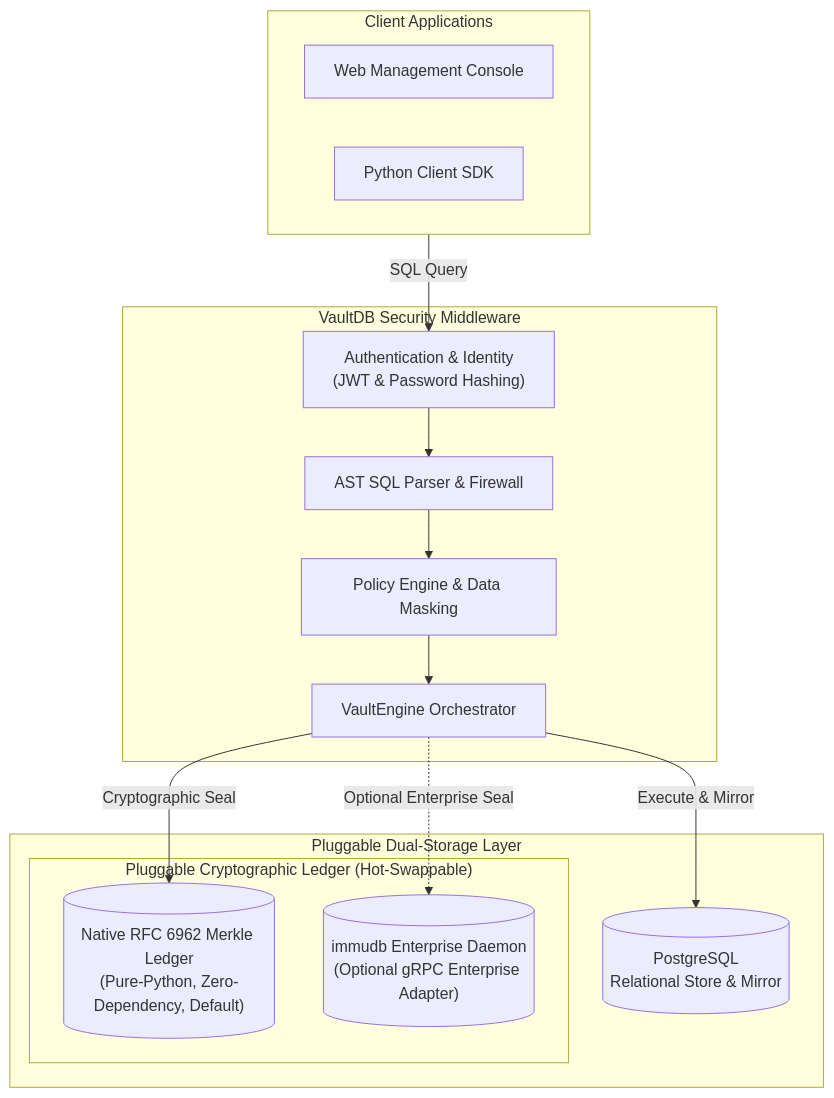
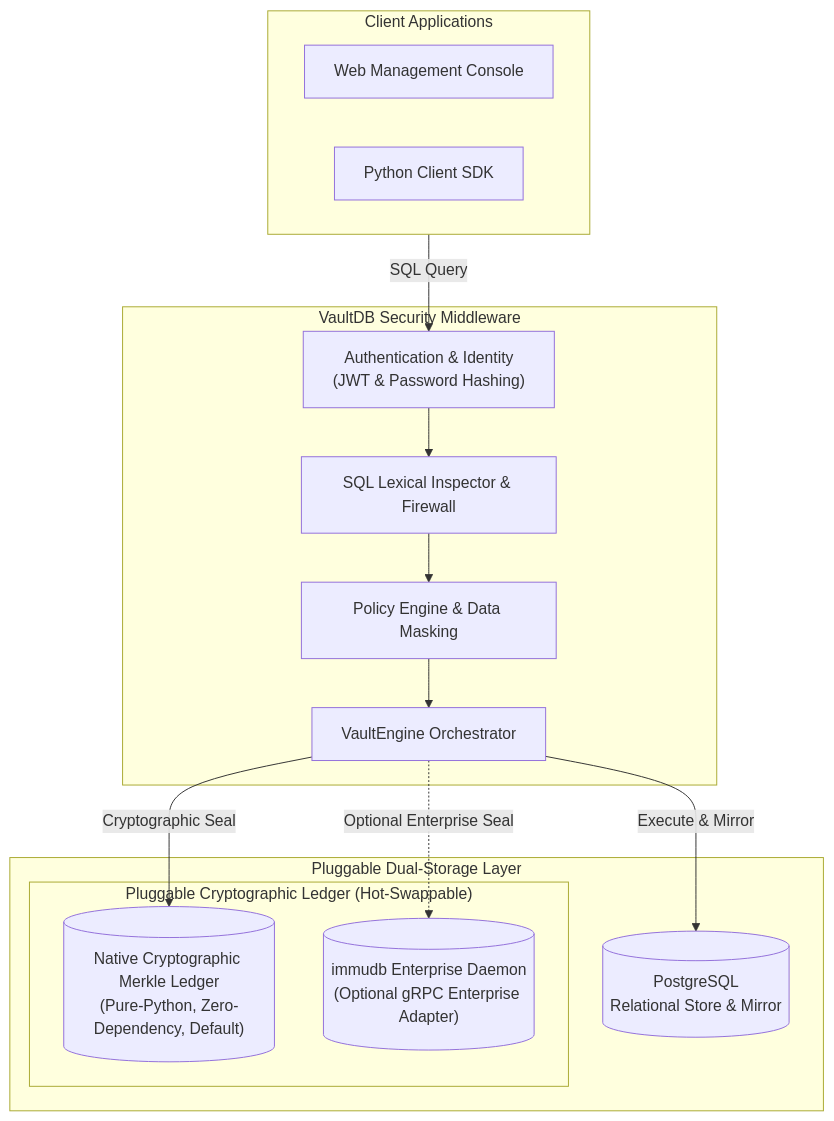
The first of 3 diagrams in README.md (Sejal-hani/Vault_DB), drawn with Mermaid before and after one commit. The commit also changed other lines of this file and 1 other file, not shown here.

Commit message:
docs & test: clarify parser architecture & Merkle tree balancing, add offline tamper/truncation verification tests

````diff
--- a/README.md
+++ b/README.md
@@ -65,29 +65,29 @@
 ```mermaid
 flowchart TD
     subgraph Clients ["Client Applications"]
         UI["Web Management Console"]
         SDK["Python Client SDK"]
     end
 
     subgraph Middleware ["VaultDB Security Middleware"]
         Auth["Authentication & Identity<br/>(JWT & Password Hashing)"]
-        Parser["AST SQL Parser & Firewall"]
+        Parser["SQL Lexical Inspector & Firewall"]
         Policy["Policy Engine & Data Masking"]
         Engine["VaultEngine Orchestrator"]
 
         Auth --> Parser --> Policy --> Engine
     end
 
     subgraph Storage ["Pluggable Dual-Storage Layer"]
         PG[("PostgreSQL<br/>Relational Store & Mirror")]
         subgraph LedgerEngines ["Pluggable Cryptographic Ledger (Hot-Swappable)"]
-            Native[("Native RFC 6962 Merkle Ledger<br/>(Pure-Python, Zero-Dependency, Default)")]
+            Native[("Native Cryptographic Merkle Ledger<br/>(Pure-Python, Zero-Dependency, Default)")]
             Immu[("immudb Enterprise Daemon<br/>(Optional gRPC Enterprise Adapter)")]
         end
     end
 
     Clients -->|SQL Query| Auth
     Engine -->|Execute & Mirror| PG
     Engine -->|Cryptographic Seal| Native
     Engine -.->|Optional Enterprise Seal| Immu
 ```
````
